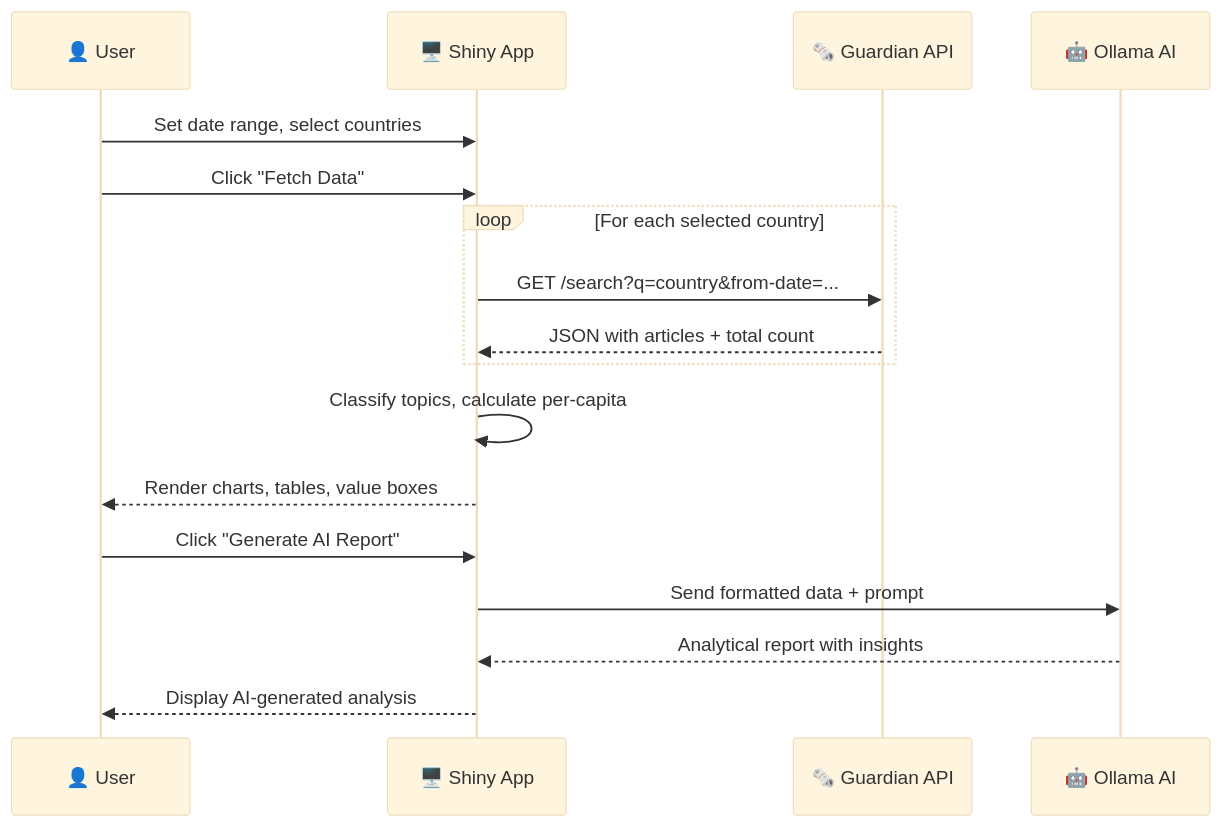
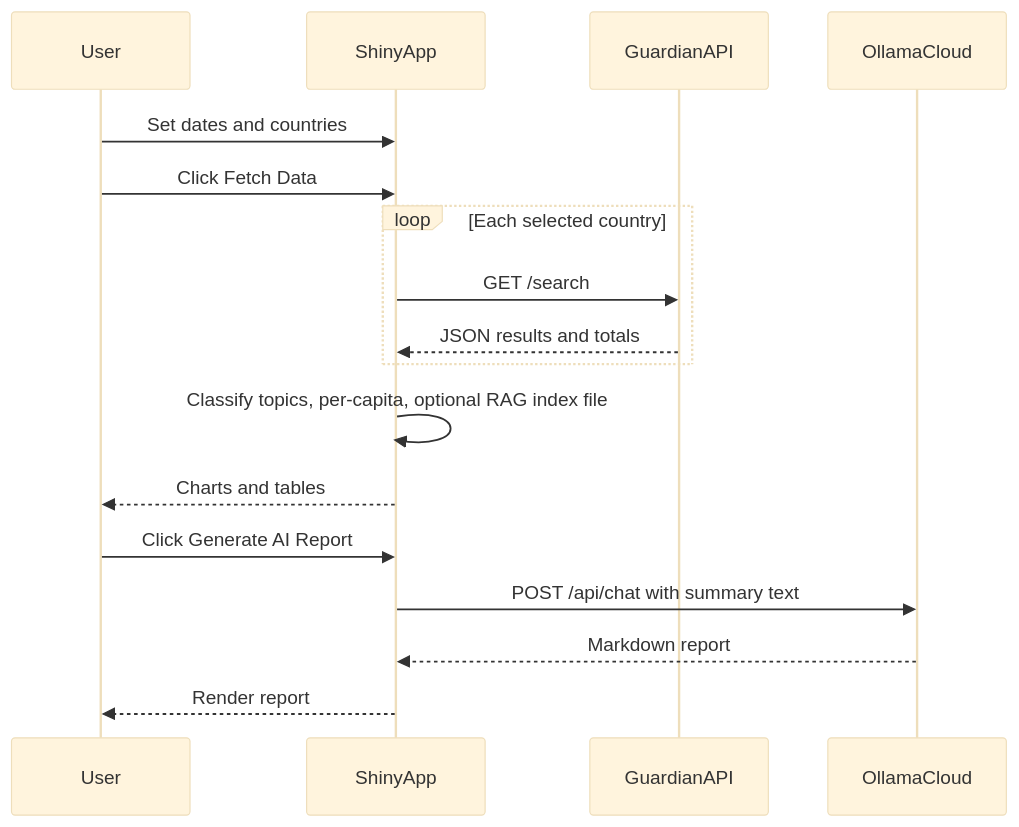
Before and after one commit to vvnu0/sysen5381: the second of 4 diagrams in 04_deployment/app/README.md, drawn with Mermaid (base theme). The commit also changed other lines of this file and 5 other files, not shown here.

First line of the commit message:
Update deployment app: RAG guardian, agent workflow, README, requirements; add dashboard_rag.db

````diff
--- a/04_deployment/app/README.md
+++ b/04_deployment/app/README.md
@@ -69,20 +84,20 @@
 ```mermaid
 sequenceDiagram
-    participant 👤 User
-    participant 🖥️ Shiny App
-    participant 🗞️ Guardian API
-    participant 🤖 Ollama AI
+    participant User
+    participant ShinyApp
+    participant GuardianAPI
+    participant OllamaCloud
 
-    👤 User->>🖥️ Shiny App: Set date range, select countries
-    👤 User->>🖥️ Shiny App: Click "Fetch Data"
-    loop For each selected country
-        🖥️ Shiny App->>🗞️ Guardian API: GET /search?q=country&from-date=...
-        🗞️ Guardian API-->>🖥️ Shiny App: JSON with articles + total count
+    User->>ShinyApp: Set dates and countries
+    User->>ShinyApp: Click Fetch Data
+    loop Each selected country
+        ShinyApp->>GuardianAPI: GET /search
+        GuardianAPI-->>ShinyApp: JSON results and totals
     end
-    🖥️ Shiny App->>🖥️ Shiny App: Classify topics, calculate per-capita
-    🖥️ Shiny App-->>👤 User: Render charts, tables, value boxes
-    👤 User->>🖥️ Shiny App: Click "Generate AI Report"
-    🖥️ Shiny App->>🤖 Ollama AI: Send formatted data + prompt
-    🤖 Ollama AI-->>🖥️ Shiny App: Analytical report with insights
-    🖥️ Shiny App-->>👤 User: Display AI-generated analysis
+    ShinyApp->>ShinyApp: Classify topics, per-capita, optional RAG index file
+    ShinyApp-->>User: Charts and tables
+    User->>ShinyApp: Click Generate AI Report
+    ShinyApp->>OllamaCloud: POST /api/chat with summary text
+    OllamaCloud-->>ShinyApp: Markdown report
+    ShinyApp-->>User: Render report
 ```
````
